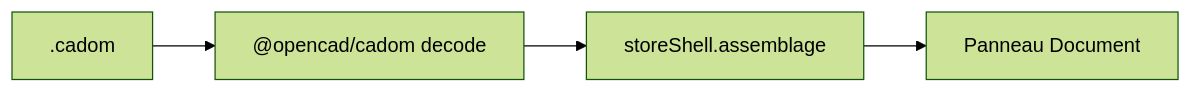
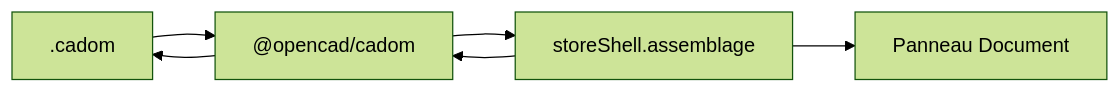
One commit to naanouff/OpenCadEditor changed the diagram in documentation/veille/fichier-cadom.md. Above: the diagram before and after it, drawn with Mermaid (forest theme). The commit also changed other lines of this file and 5 other files, not shown here.

````diff
--- a/documentation/veille/fichier-cadom.md
+++ b/documentation/veille/fichier-cadom.md
@@ -9,8 +9,9 @@
 ```mermaid
 flowchart LR
   fichier[".cadom"]
-  sdk["@opencad/cadom decode"]
+  sdk["@opencad/cadom"]
   store[storeShell.assemblage]
   ui[Panneau Document]
   fichier --> sdk --> store --> ui
+  store --> sdk --> fichier
 ```
````
